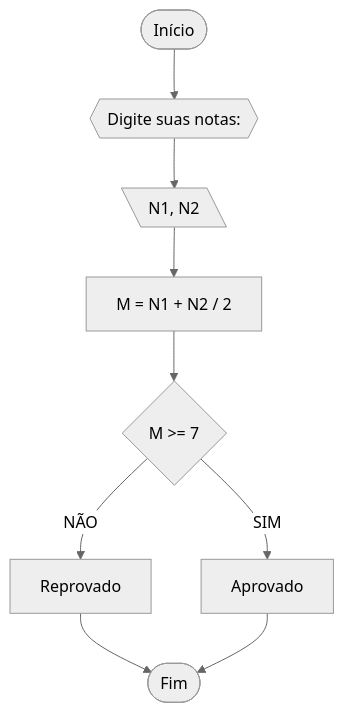
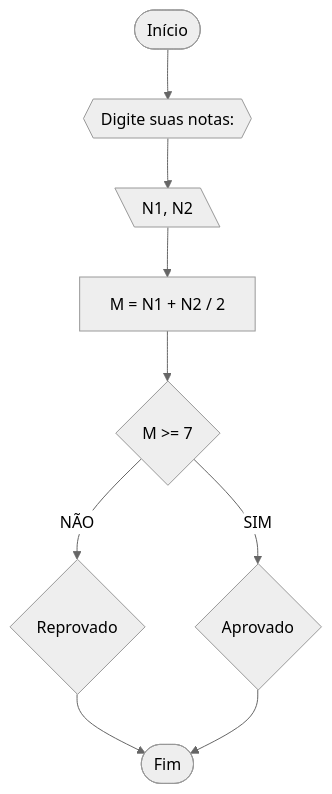
Before and after one commit to Jandih/Unifor: the first of 4 diagrams in RLA/lista_exercicio.md, drawn with Mermaid (neutral theme). The commit also changed other lines of this file, not shown here.

`````diff
--- a/RLA/lista_exercicio.md
+++ b/RLA/lista_exercicio.md
@@ -8,11 +8,11 @@
 ````mermaid
 flowchart TD
 A([Início]) --> B{{Digite suas notas:}}
 B --> C[\N1, N2\]
 C --> D[M = N1 + N2 / 2]
 D --> E{M >= 7}
-E --NÃO--> F[Reprovado]
+E --NÃO--> F{Reprovado}
 F --> H([Fim])
-E --SIM--> G[Aprovado]
+E --SIM--> G{Aprovado}
 G --> H
 ````
`````
